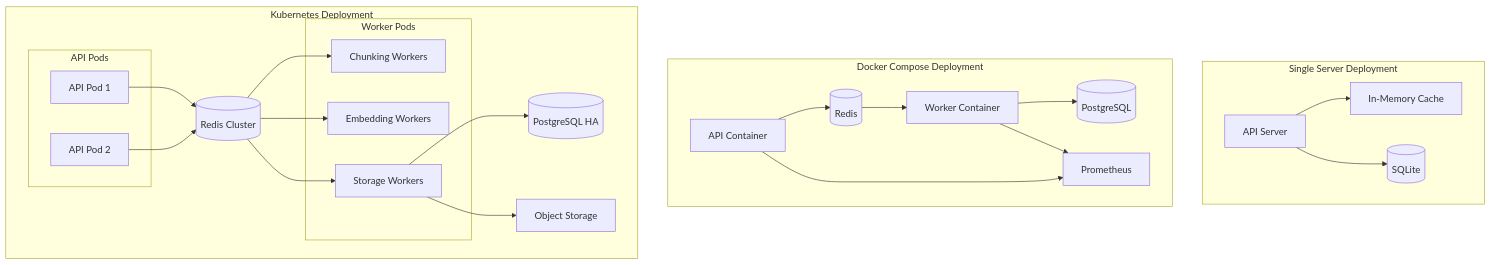
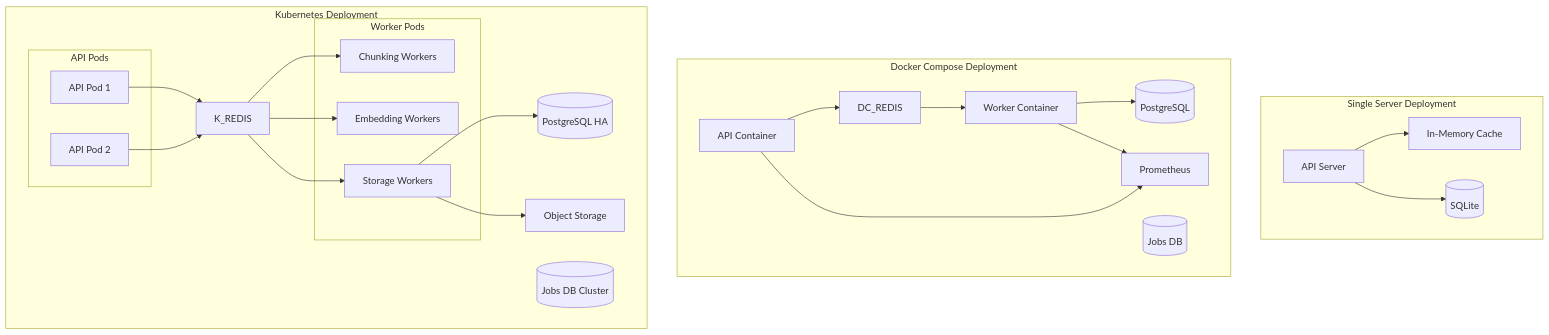
Before and after one commit to khuushichand/aiml-project: the ninth of 13 diagrams in Docs/Code_Documentation/Embeddings-Documentation.md, drawn with Mermaid. The commit also changed other lines of this file and 61 other files, not shown here.

````diff
--- a/Docs/Code_Documentation/Embeddings-Documentation.md
+++ b/Docs/Code_Documentation/Embeddings-Documentation.md
@@ -437,49 +437,49 @@
 ```mermaid
 graph TB
     subgraph "Single Server Deployment"
         SS_API[API Server]
         SS_CACHE[In-Memory Cache]
         SS_DB[(SQLite)]
         SS_API --> SS_CACHE
         SS_API --> SS_DB
     end
 
     subgraph "Docker Compose Deployment"
         DC_API[API Container]
-        DC_REDIS[(Redis)]
+        DC_JOBS[(Jobs DB)]
         DC_WORK[Worker Container]
         DC_DB[(PostgreSQL)]
         DC_PROM[Prometheus]
 
         DC_API --> DC_REDIS
         DC_REDIS --> DC_WORK
         DC_WORK --> DC_DB
         DC_API --> DC_PROM
         DC_WORK --> DC_PROM
     end
 
     subgraph "Kubernetes Deployment"
         subgraph "API Pods"
             K_API1[API Pod 1]
             K_API2[API Pod 2]
         end
 
         subgraph "Worker Pods"
             K_CW[Chunking Workers]
             K_EW[Embedding Workers]
             K_SW[Storage Workers]
         end
 
-        K_REDIS[(Redis Cluster)]
+        K_JOBS[(Jobs DB Cluster)]
         K_DB[(PostgreSQL HA)]
         K_S3[Object Storage]
 
         K_API1 --> K_REDIS
         K_API2 --> K_REDIS
         K_REDIS --> K_CW
         K_REDIS --> K_EW
         K_REDIS --> K_SW
         K_SW --> K_DB
         K_SW --> K_S3
     end
 ```
````
